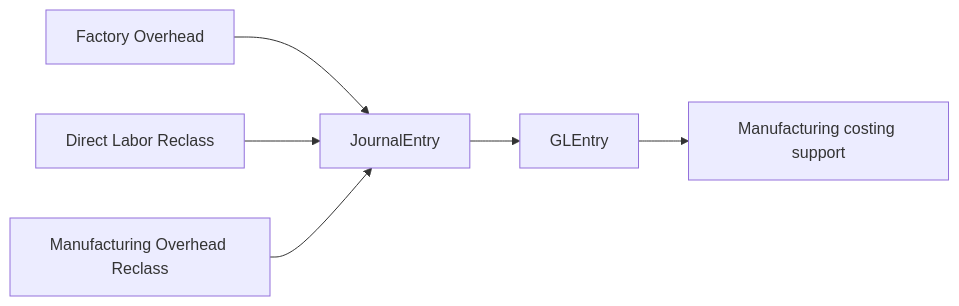
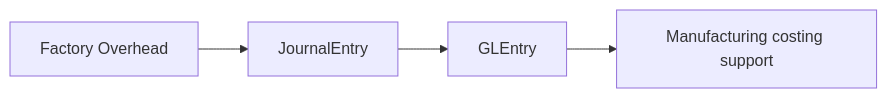
Before and after one commit to mmcodesso/greenfield_database: the third of 5 diagrams in docs/processes/manual-journals-and-close.md, drawn with Mermaid. The commit also changed other lines of this file and 22 other files, not shown here.

````diff
--- a/docs/processes/manual-journals-and-close.md
+++ b/docs/processes/manual-journals-and-close.md
@@ -116,13 +116,9 @@
 ```mermaid
 flowchart LR
     FO[Factory Overhead]
-    DL[Direct Labor Reclass]
-    OH[Manufacturing Overhead Reclass]
     JE[JournalEntry]
     GL[GLEntry]
     MFG[Manufacturing costing support]
 
     FO --> JE --> GL --> MFG
-    DL --> JE
-    OH --> JE
 ```
````
